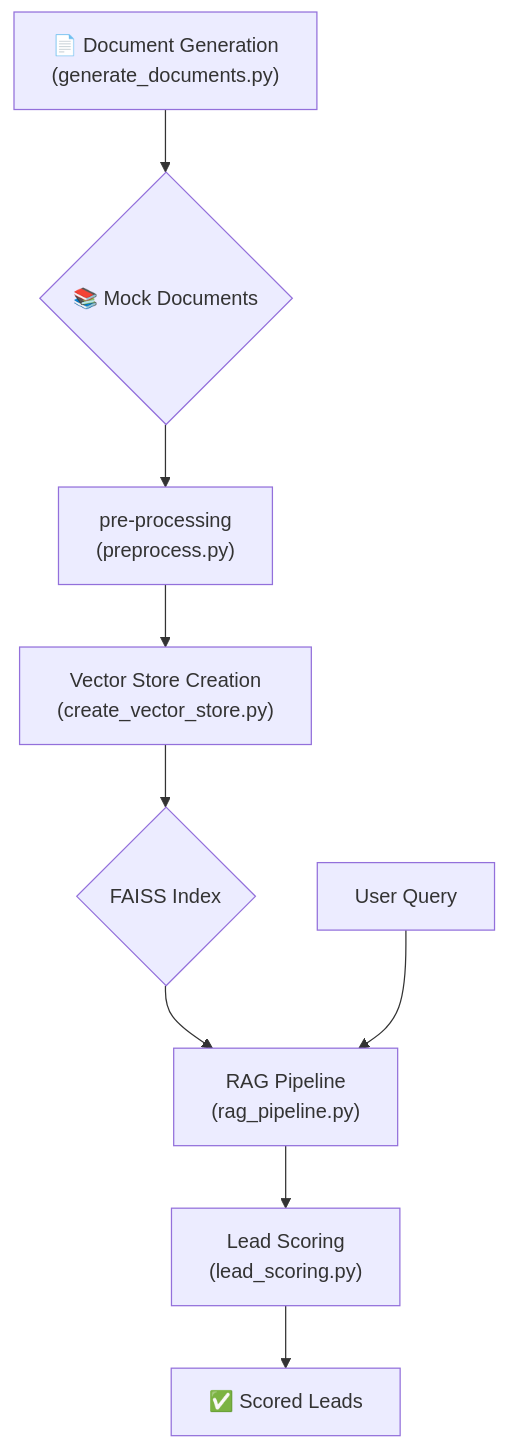
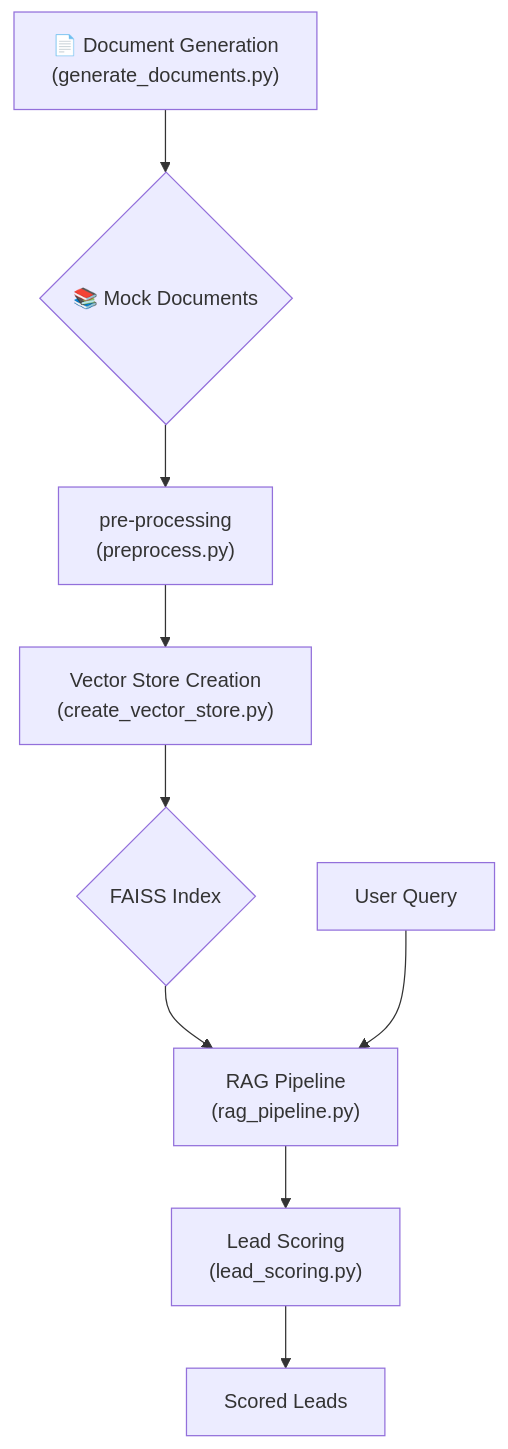
The diagram in README.md (vamsivk99/Lead-Scoring-Customer-Insights-Engine), drawn with Mermaid before and after one commit. The commit also changed other lines of this file and 1 other file, not shown here.

````diff
--- a/README.md
+++ b/README.md
@@ -16,11 +16,11 @@
 ```mermaid
 graph TD;
     A["📄 Document Generation <br/>(generate_documents.py)"] --> B{"📚 Mock Documents"};
     B --> C["pre-processing <br/>(preprocess.py)"];
     C --> D["Vector Store Creation <br/>(create_vector_store.py)"];
     D --> E{"FAISS Index"};
     E --> F["RAG Pipeline <br/>(rag_pipeline.py)"];
     G["User Query"] --> F;
     F --> H["Lead Scoring <br/>(lead_scoring.py)"];
-    H --> I["✅ Scored Leads"];
+    H --> I["Scored Leads"];
 ```
````
